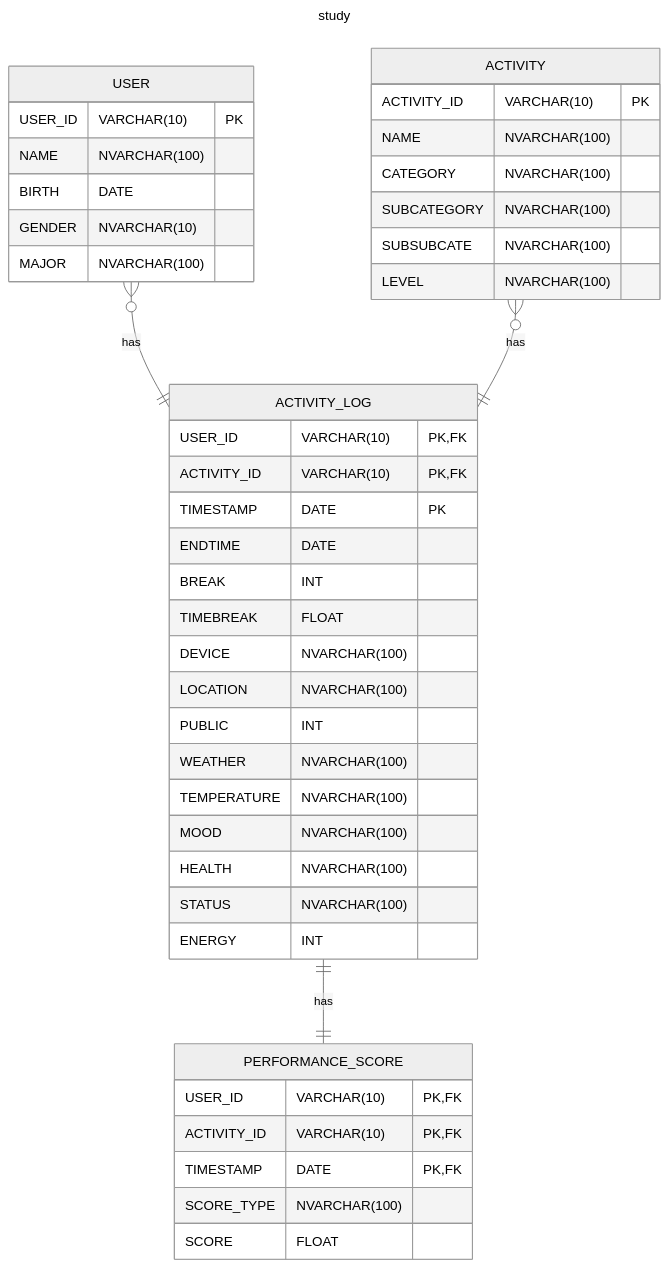
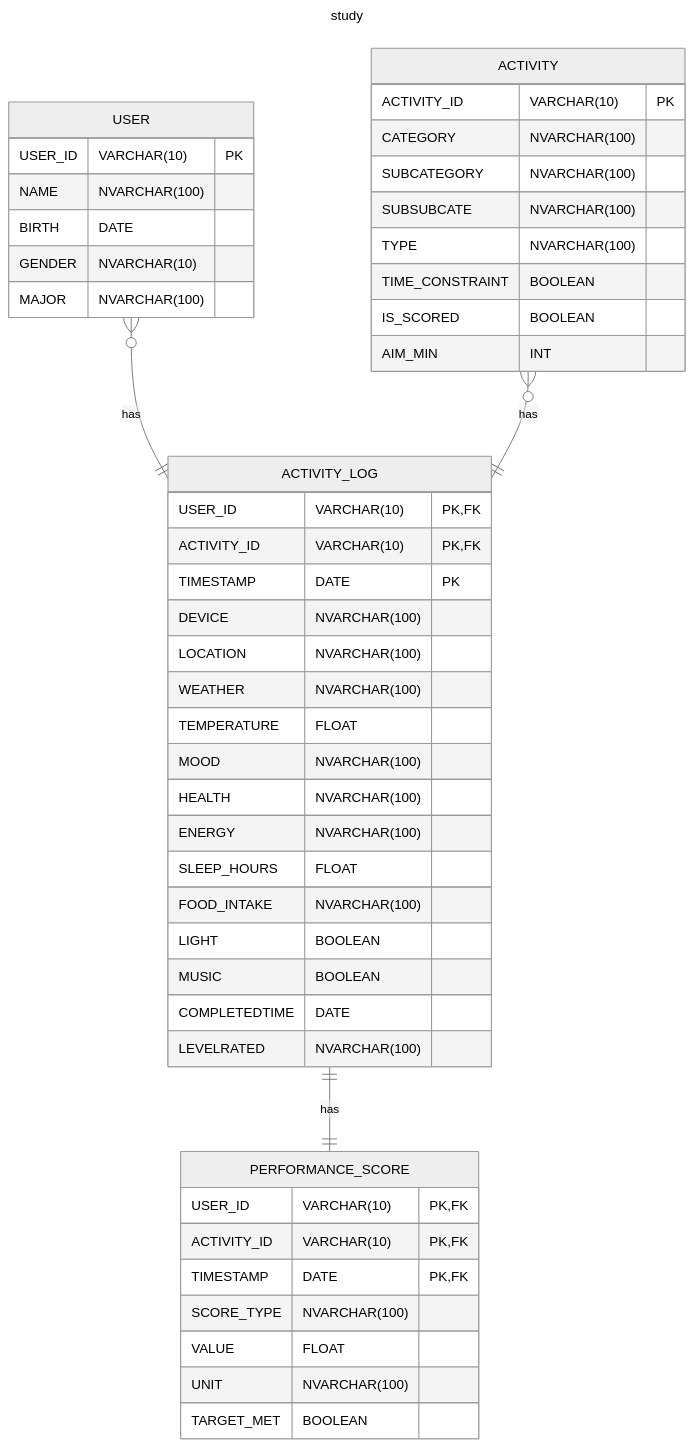
One commit to Bancie/LearningDB changed the diagram in study/README.md. Above: the diagram before and after it, drawn with Mermaid (neutral theme).

````diff
--- a/study/README.md
+++ b/study/README.md
@@ -2,53 +2,58 @@
 ```mermaid
 ---
 title: study
 ---
 erDiagram
     
     USER {
         USER_ID VARCHAR(10) PK
         NAME NVARCHAR(100)
         BIRTH DATE
         GENDER NVARCHAR(10)
         MAJOR NVARCHAR(100)
     }
 
     ACTIVITY {
         ACTIVITY_ID VARCHAR(10) PK
-        NAME NVARCHAR(100)
         CATEGORY NVARCHAR(100)
         SUBCATEGORY NVARCHAR(100)
         SUBSUBCATE NVARCHAR(100)
-        LEVEL NVARCHAR(100)
+        TYPE NVARCHAR(100)
+        TIME_CONSTRAINT BOOLEAN
+        IS_SCORED BOOLEAN
+        AIM_MIN INT
     }
 
     ACTIVITY_LOG {
         USER_ID VARCHAR(10) PK, FK
         ACTIVITY_ID VARCHAR(10) PK, FK
         TIMESTAMP DATE PK
-        ENDTIME DATE
-        BREAK INT
-        TIMEBREAK FLOAT
         DEVICE NVARCHAR(100)
         LOCATION NVARCHAR(100)
-        PUBLIC INT
         WEATHER NVARCHAR(100)
-        TEMPERATURE NVARCHAR(100)
+        TEMPERATURE FLOAT
         MOOD NVARCHAR(100)
         HEALTH NVARCHAR(100)
-        STATUS NVARCHAR(100)
-        ENERGY INT
+        ENERGY NVARCHAR(100)
+        SLEEP_HOURS FLOAT
+        FOOD_INTAKE NVARCHAR(100)
+        LIGHT BOOLEAN
+        MUSIC BOOLEAN
+        COMPLETEDTIME DATE
+        LEVELRATED NVARCHAR(100)
     }
 
     PERFORMANCE_SCORE {
         USER_ID VARCHAR(10) PK, FK
         ACTIVITY_ID VARCHAR(10) PK, FK
         TIMESTAMP DATE PK, FK
         SCORE_TYPE NVARCHAR(100)
-        SCORE FLOAT
+        VALUE FLOAT
+        UNIT NVARCHAR(100)
+        TARGET_MET BOOLEAN
     }
 
     USER o{--|| ACTIVITY_LOG : has
     ACTIVITY o{--|| ACTIVITY_LOG : has
     ACTIVITY_LOG ||--|| PERFORMANCE_SCORE : has
 ```
````
